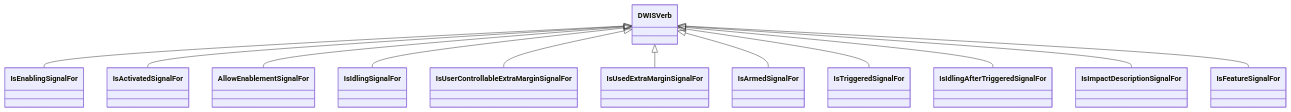
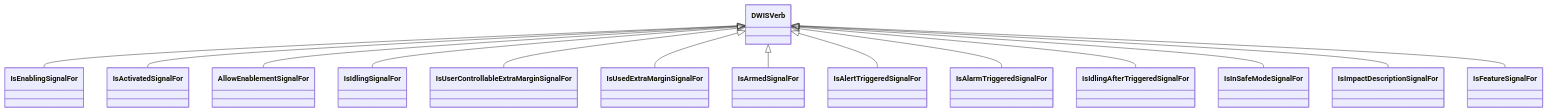
The ninth of 23 diagrams in docs/vocabulary_development/auto-generated/md/definition-files/ADCS.md (D-WIS/DDHub-Semantic-Interoperability), drawn with Mermaid before and after one commit. The commit also changed other lines of this file and 11 other files, not shown here.

````diff
--- a/docs/vocabulary_development/auto-generated/md/definition-files/ADCS.md
+++ b/docs/vocabulary_development/auto-generated/md/definition-files/ADCS.md
@@ -387,14 +387,16 @@
 ```mermaid
 classDiagram
 DWISVerb <|-- IsEnablingSignalFor
 DWISVerb <|-- IsActivatedSignalFor
 DWISVerb <|-- AllowEnablementSignalFor
 DWISVerb <|-- IsIdlingSignalFor
 DWISVerb <|-- IsUserControllableExtraMarginSignalFor
 DWISVerb <|-- IsUsedExtraMarginSignalFor
 DWISVerb <|-- IsArmedSignalFor
-DWISVerb <|-- IsTriggeredSignalFor
+DWISVerb <|-- IsAlertTriggeredSignalFor
+DWISVerb <|-- IsAlarmTriggeredSignalFor
 DWISVerb <|-- IsIdlingAfterTriggeredSignalFor
+DWISVerb <|-- IsInSafeModeSignalFor
 DWISVerb <|-- IsImpactDescriptionSignalFor
 DWISVerb <|-- IsFeatureSignalFor
 ```
````
